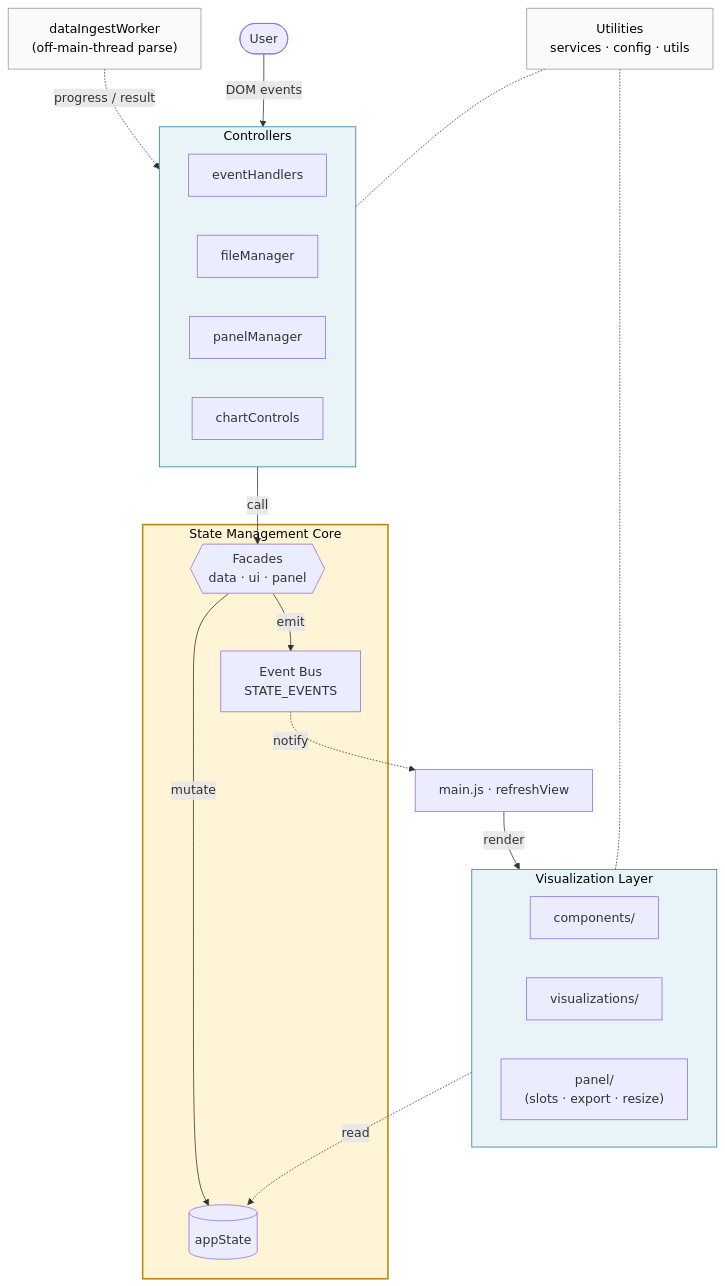
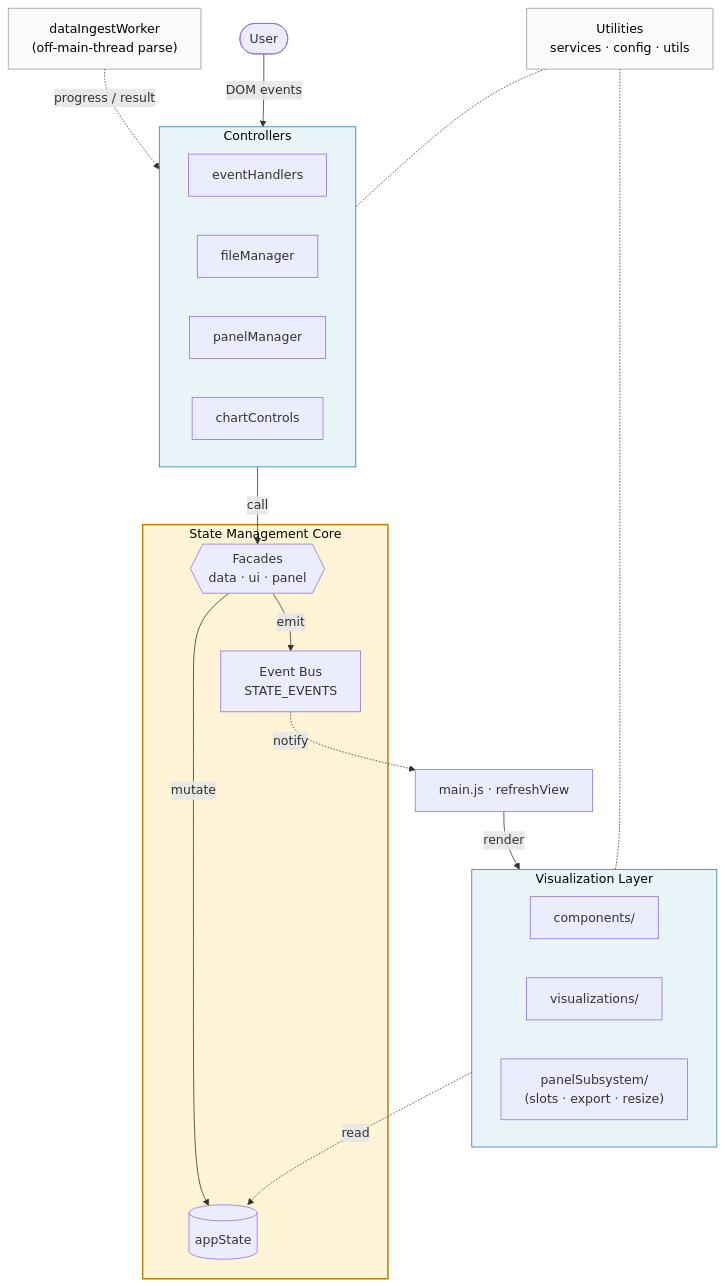
Before and after one commit to GabrielInada/CHIVE: the diagram in ARCHITECTURE.md, drawn with Mermaid. The commit also changed other lines of this file and 2 other files, not shown here.

First line of the commit message:
docs: sync architecture and contribution references

````diff
--- a/ARCHITECTURE.md
+++ b/ARCHITECTURE.md
@@ -38,41 +38,41 @@
 ```mermaid
 flowchart TB
     U(["User"])
     subgraph CTRL["Controllers"]
         direction LR
         EH["eventHandlers"]
         FM["fileManager"]
         PM["panelManager"]
         CC["chartControls"]
     end
     subgraph CORE["State Management Core"]
         FAC{{"Facades<br/>data · ui · panel"}}
         AS[("appState")]
         EB["Event Bus<br/>STATE_EVENTS"]
         FAC -- mutate --> AS
         FAC -- emit --> EB
     end
     MAIN["main.js · refreshView"]
     subgraph PRES["Visualization Layer"]
         direction LR
         COMP["components/"]
         VIZ["visualizations/"]
-        PANEL["panel/<br/>(slots · export · resize)"]
+        PANEL["panelSubsystem/<br/>(slots · export · resize)"]
     end
     WORKER["dataIngestWorker<br/>(off-main-thread parse)"]
     UTIL["Utilities<br/>services · config · utils"]
     U -- DOM events --> CTRL
     CTRL -- call --> FAC
     EB -. notify .-> MAIN
     MAIN -- render --> PRES
     PRES -. read .-> AS
     WORKER -. progress / result .-> FM
     UTIL -.- CTRL
     UTIL -.- PRES
     classDef core fill:#fff5d6,stroke:#b8860b,stroke-width:2px,color:#000
     classDef layer fill:#e8f4f8,stroke:#2c7da0,color:#000
     classDef plain fill:#fafafa,stroke:#999,color:#000
     class CORE core
     class CTRL,PRES layer
     class UTIL,WORKER plain
 ```
````
